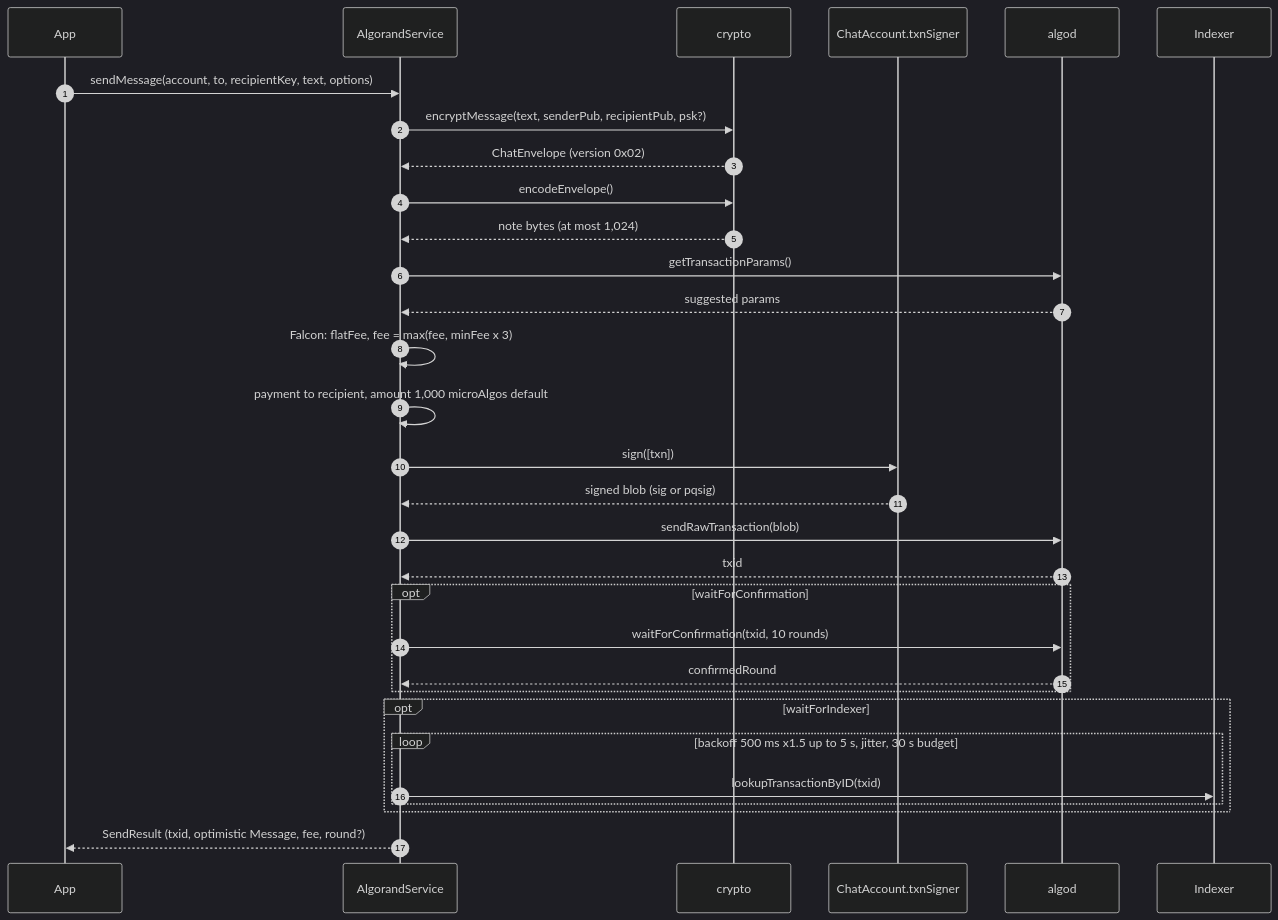
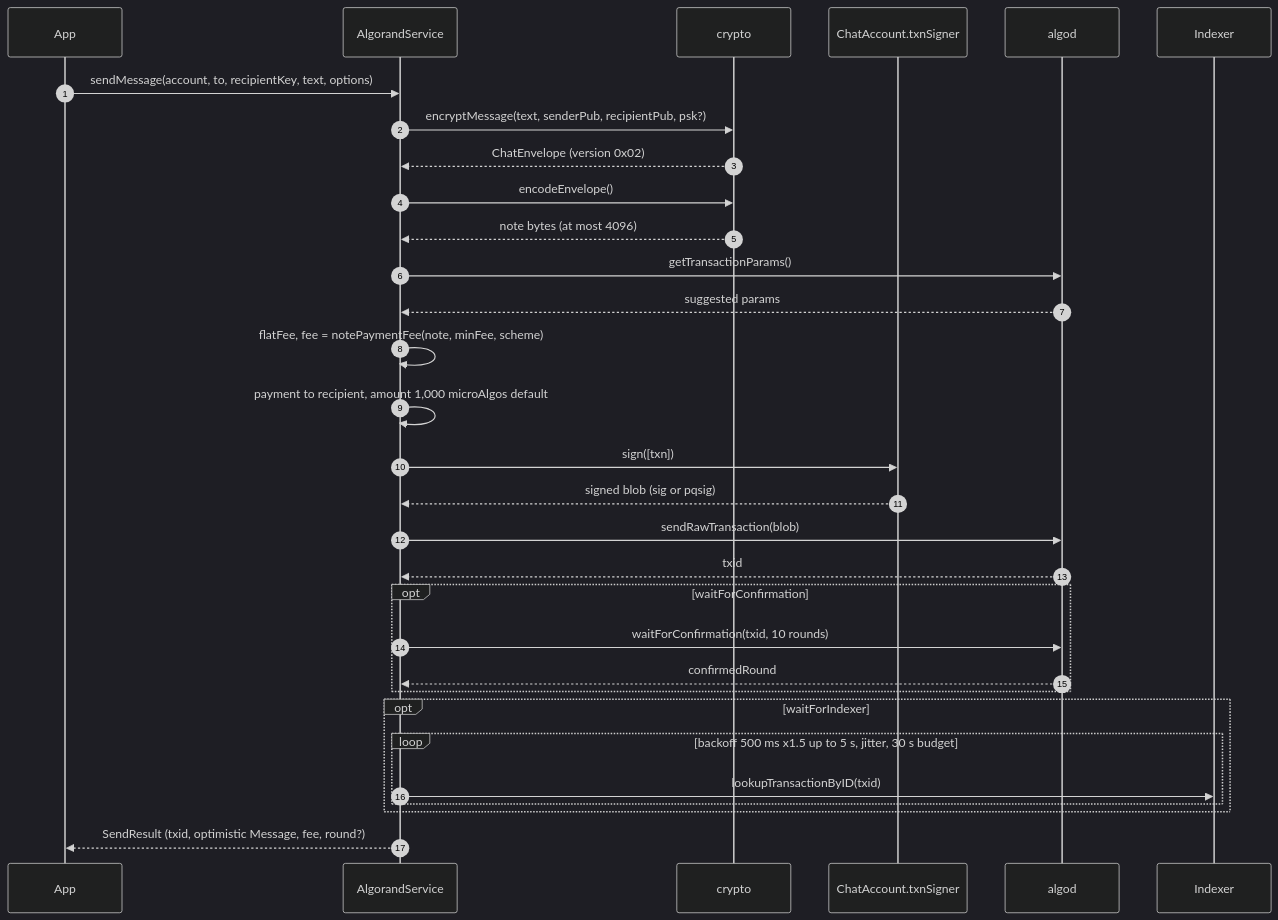
One commit to CorvidLabs/ts-algochat changed the sixth of 13 diagrams in docs/HLD.md. Above: the diagram before and after it, drawn with Mermaid (dark theme). The commit also changed other lines of this file and 18 other files, not shown here.

````diff
--- a/docs/HLD.md
+++ b/docs/HLD.md
@@ -237,34 +237,34 @@
 ```mermaid
 sequenceDiagram
     accTitle: Sequence: send a message
     autonumber
     participant App
     participant S as AlgorandService
     participant C as crypto
     participant Sg as ChatAccount.txnSigner
     participant AD as algod
     participant IX as Indexer
     App->>S: sendMessage(account, to, recipientKey, text, options)
     S->>C: encryptMessage(text, senderPub, recipientPub, psk?)
     C-->>S: ChatEnvelope (version 0x02)
     S->>C: encodeEnvelope()
-    C-->>S: note bytes (at most 1,024)
+    C-->>S: note bytes (at most 4096)
     S->>AD: getTransactionParams()
     AD-->>S: suggested params
-    S->>S: Falcon: flatFee, fee = max(fee, minFee x 3)
+    S->>S: flatFee, fee = notePaymentFee(note, minFee, scheme)
     S->>S: payment to recipient, amount 1,000 microAlgos default
     S->>Sg: sign([txn])
     Sg-->>S: signed blob (sig or pqsig)
     S->>AD: sendRawTransaction(blob)
     AD-->>S: txid
     opt waitForConfirmation
         S->>AD: waitForConfirmation(txid, 10 rounds)
         AD-->>S: confirmedRound
     end
     opt waitForIndexer
         loop backoff 500 ms x1.5 up to 5 s, jitter, 30 s budget
             S->>IX: lookupTransactionByID(txid)
         end
     end
     S-->>App: SendResult (txid, optimistic Message, fee, round?)
 ```
````
